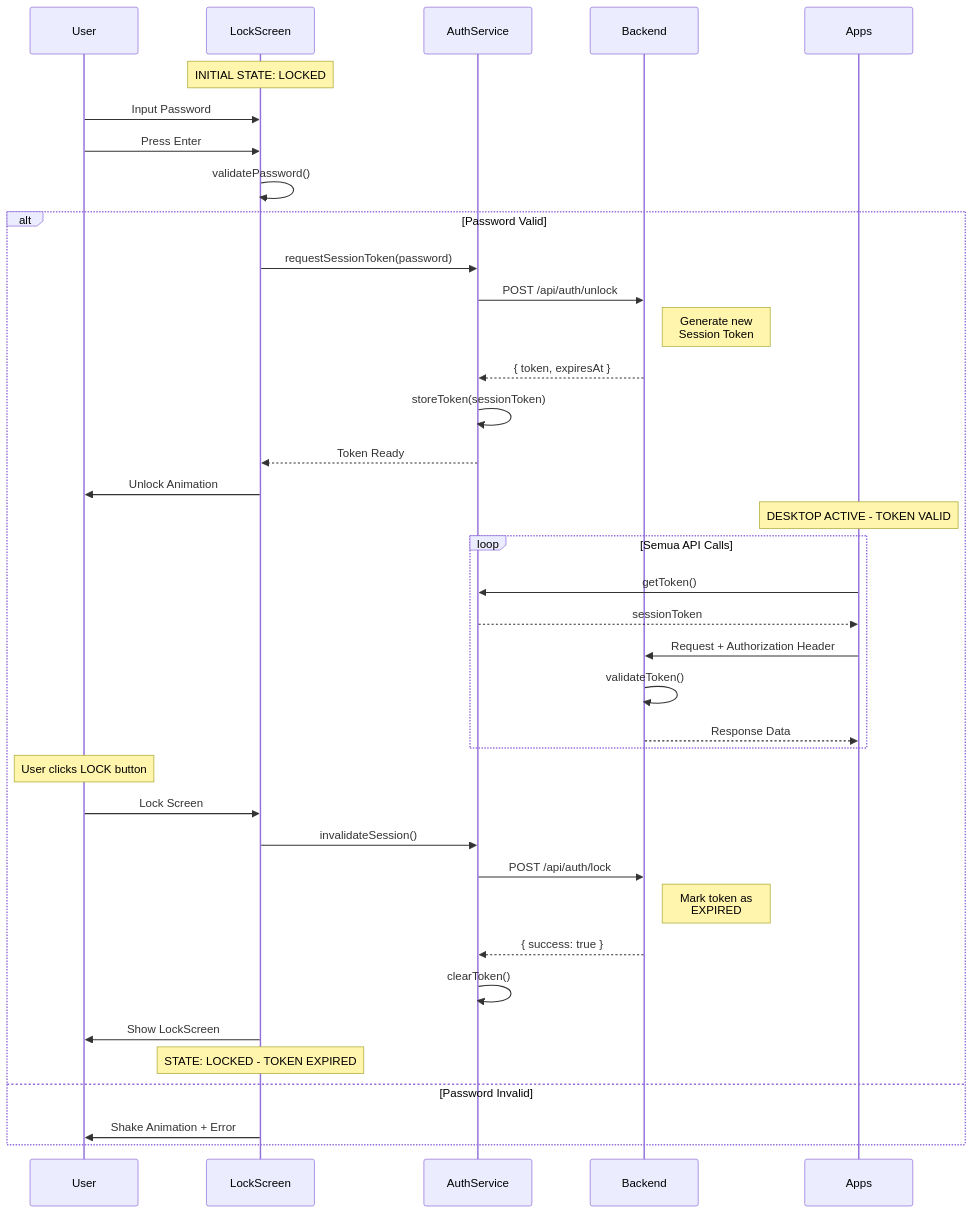
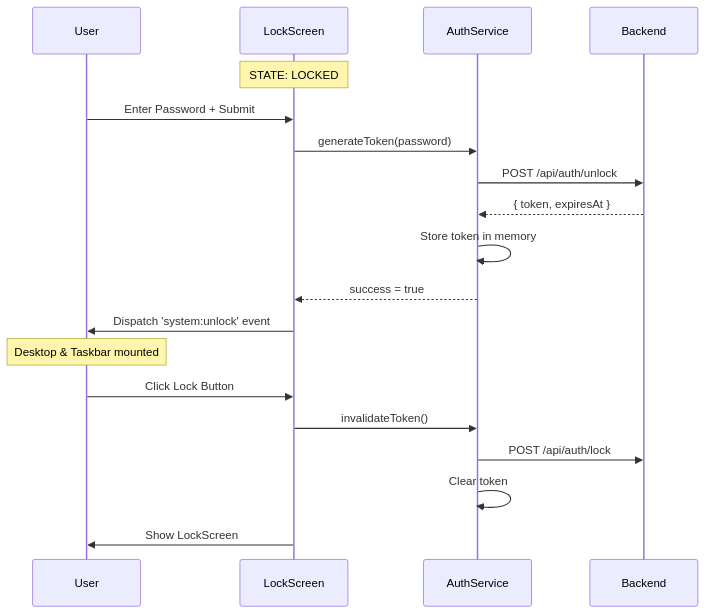
Before and after one commit to Damarcreative/LUI: the third of 5 diagrams in Technical_Analysis.md, drawn with Mermaid. The commit also changed other lines of this file, not shown here.

````diff
--- a/Technical_Analysis.md
+++ b/Technical_Analysis.md
@@ -647,47 +757,25 @@
 ```mermaid
 sequenceDiagram
     participant User
     participant LockScreen
     participant AuthService
     participant Backend
-    participant Apps
 
-    Note over LockScreen: INITIAL STATE: LOCKED
+    Note over LockScreen: STATE: LOCKED
     
-    User->>LockScreen: Input Password
-    User->>LockScreen: Press Enter
-    LockScreen->>LockScreen: validatePassword()
+    User->>LockScreen: Enter Password + Submit
+    LockScreen->>AuthService: generateToken(password)
+    AuthService->>Backend: POST /api/auth/unlock
+    Backend-->>AuthService: { token, expiresAt }
+    AuthService->>AuthService: Store token in memory
+    AuthService-->>LockScreen: success = true
+    LockScreen->>User: Dispatch 'system:unlock' event
     
-    alt Password Valid
-        LockScreen->>AuthService: requestSessionToken(password)
-        AuthService->>Backend: POST /api/auth/unlock
-        Note right of Backend: Generate new<br/>Session Token
-        Backend-->>AuthService: { token, expiresAt }
-        AuthService->>AuthService: storeToken(sessionToken)
-        AuthService-->>LockScreen: Token Ready
-        LockScreen->>User: Unlock Animation
-        
-        Note over Apps: DESKTOP ACTIVE - TOKEN VALID
-        
-        loop Semua API Calls
-            Apps->>AuthService: getToken()
-            AuthService-->>Apps: sessionToken
-            Apps->>Backend: Request + Authorization Header
-            Backend->>Backend: validateToken()
-            Backend-->>Apps: Response Data
-        end
-        
-        Note over User: User clicks LOCK button
-        User->>LockScreen: Lock Screen
-        LockScreen->>AuthService: invalidateSession()
-        AuthService->>Backend: POST /api/auth/lock
-        Note right of Backend: Mark token as<br/>EXPIRED
-        Backend-->>AuthService: { success: true }
-        AuthService->>AuthService: clearToken()
-        LockScreen->>User: Show LockScreen
-        
-        Note over LockScreen: STATE: LOCKED - TOKEN EXPIRED
-    else Password Invalid
-        LockScreen->>User: Shake Animation + Error
-    end
+    Note over User: Desktop & Taskbar mounted
+    
+    User->>LockScreen: Click Lock Button
+    LockScreen->>AuthService: invalidateToken()
+    AuthService->>Backend: POST /api/auth/lock
+    AuthService->>AuthService: Clear token
+    LockScreen->>User: Show LockScreen
 ```
````
